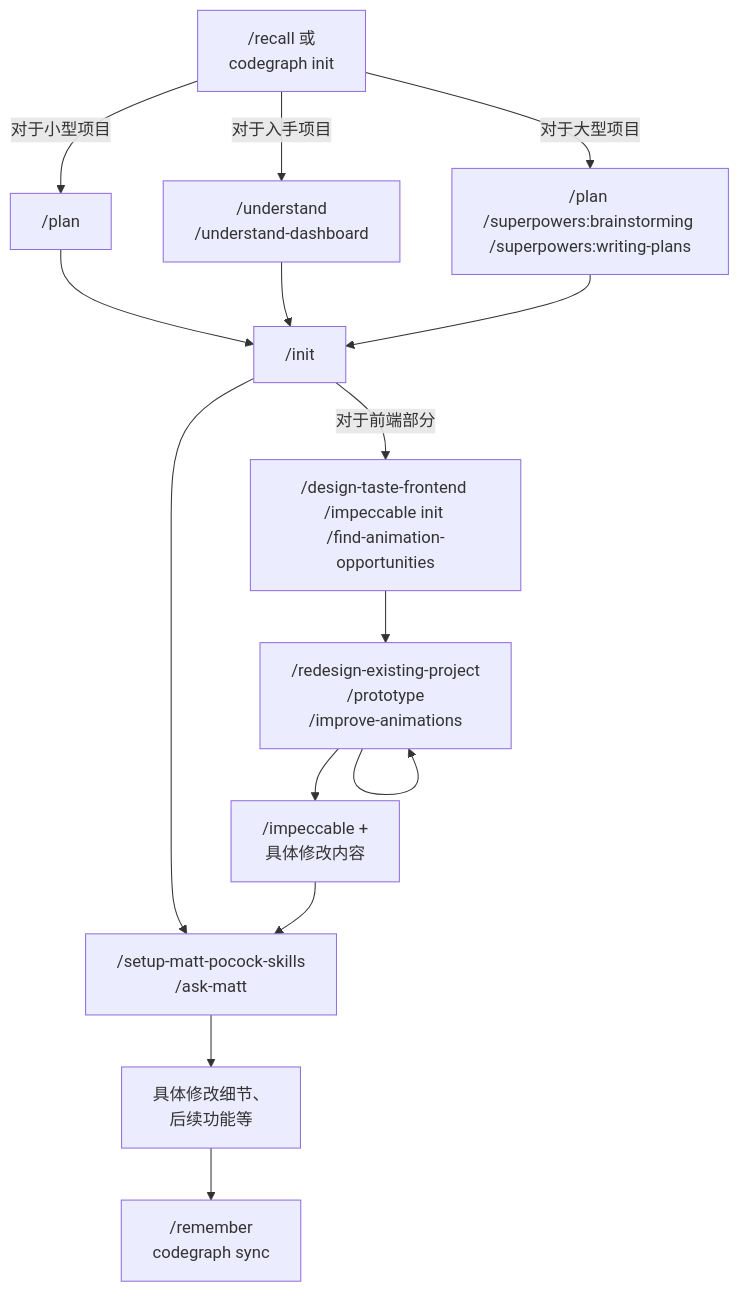
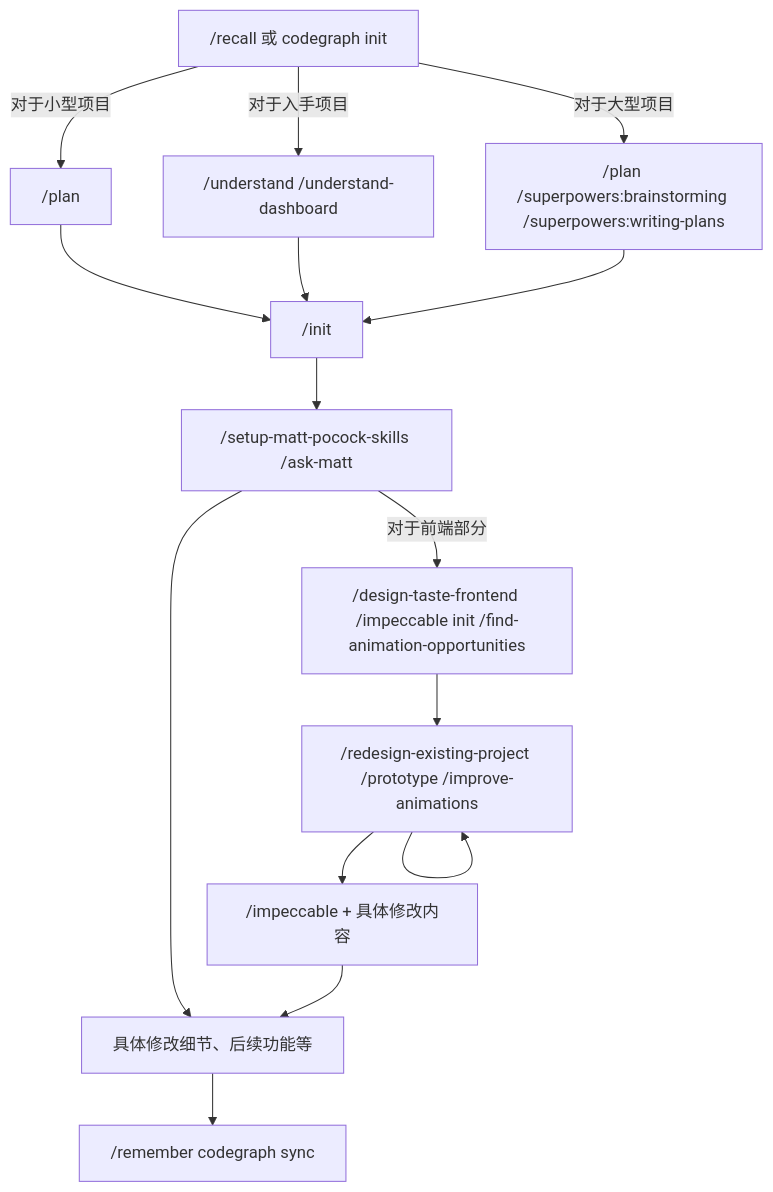
One commit to dkj121/dkj121.github.io changed the diagram in content/posts/the-best-practice-of-vibecoding.mdx. Above: the diagram before and after it, drawn with Mermaid. The commit also changed other lines of this file, not shown here.

Commit message:
fix: Update vibecoding 个人最佳实践

````diff
--- a/content/posts/the-best-practice-of-vibecoding.mdx
+++ b/content/posts/the-best-practice-of-vibecoding.mdx
@@ -96,32 +96,32 @@
 ```mermaid
 
 graph TD
 
-Start1[ /recall 或\ncodegraph init ]
-Start2[ /plan \n/superpowers:brainstorming \n/superpowers:writing-plans ]
-Start3[ /understand \n/understand-dashboard ]
+Start1[ /recall 或 codegraph init ]
+Start2[ /plan /superpowers:brainstorming /superpowers:writing-plans ]
+Start3[ /understand /understand-dashboard ]
 Start4[ /plan ]
 Start5[ /init ]
 
-Frontend1[ /design-taste-frontend \n/impeccable init \n/find-animation-opportunities ]
-Frontend3[ /redesign-existing-project \n/prototype \n/improve-animations ]
-Frontend2[ /impeccable + \n具体修改内容 ]
+Frontend1[ /design-taste-frontend /impeccable init /find-animation-opportunities ]
+Frontend3[ /redesign-existing-project /prototype /improve-animations ]
+Frontend2[ /impeccable + 具体修改内容 ]
 
-Step1[ /setup-matt-pocock-skills \n/ask-matt ]
-Step2[ 具体修改细节、\n后续功能等 ]
+Step1[ /setup-matt-pocock-skills /ask-matt ]
+Step2[ 具体修改细节、后续功能等 ]
 
-Finish1[ /remember \ncodegraph sync ]
+Finish1[ /remember codegraph sync ]
 
 Start1 -->|对于大型项目|Start2 --> Start5
 Start1 -->|对于入手项目|Start3 --> Start5
 Start1 -->|对于小型项目|Start4 --> Start5
 
-Start5 -->|对于前端部分|Frontend1 --> Frontend3 --> Frontend2
+Start5 --> Step1
+
+Step1 -->|对于前端部分|Frontend1 --> Frontend3 --> Frontend2
 Frontend3 --> Frontend3
-Frontend2 --> Step1
-
-Start5 --> Step1
+Frontend2 --> Step2
 
 Step1 --> Step2 --> Finish1
 
 ```
````
